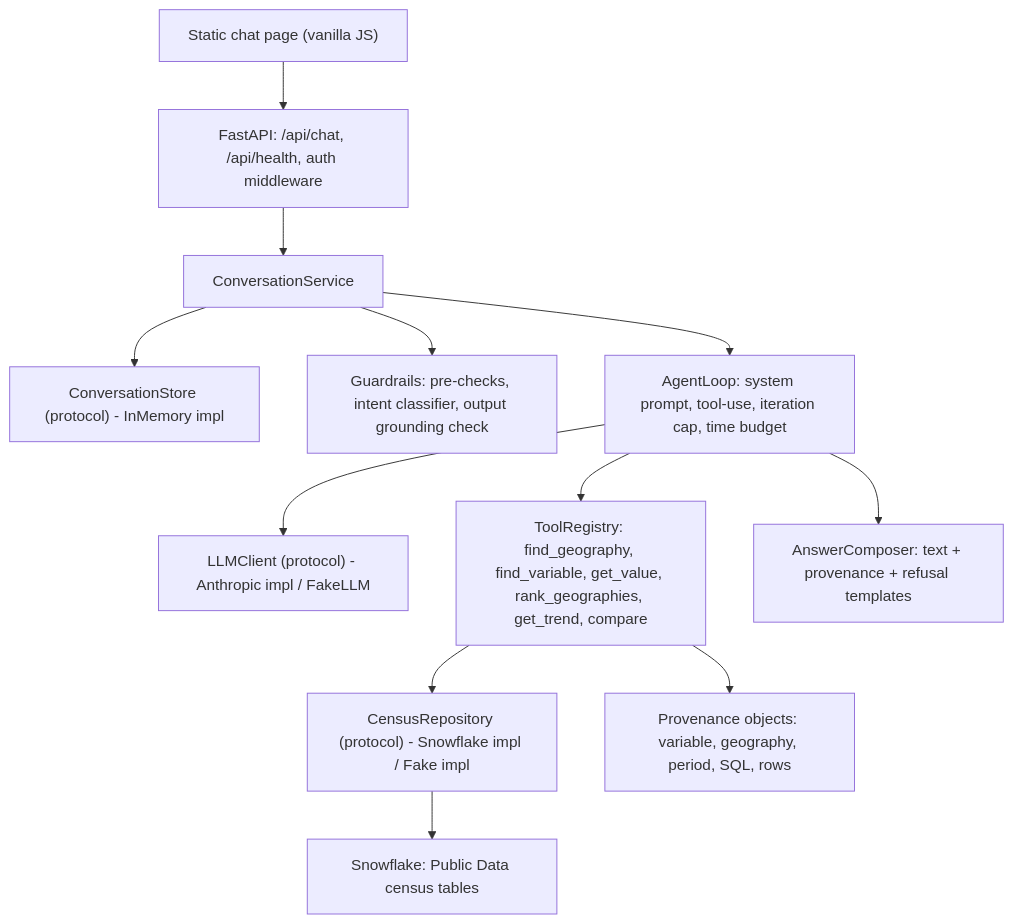
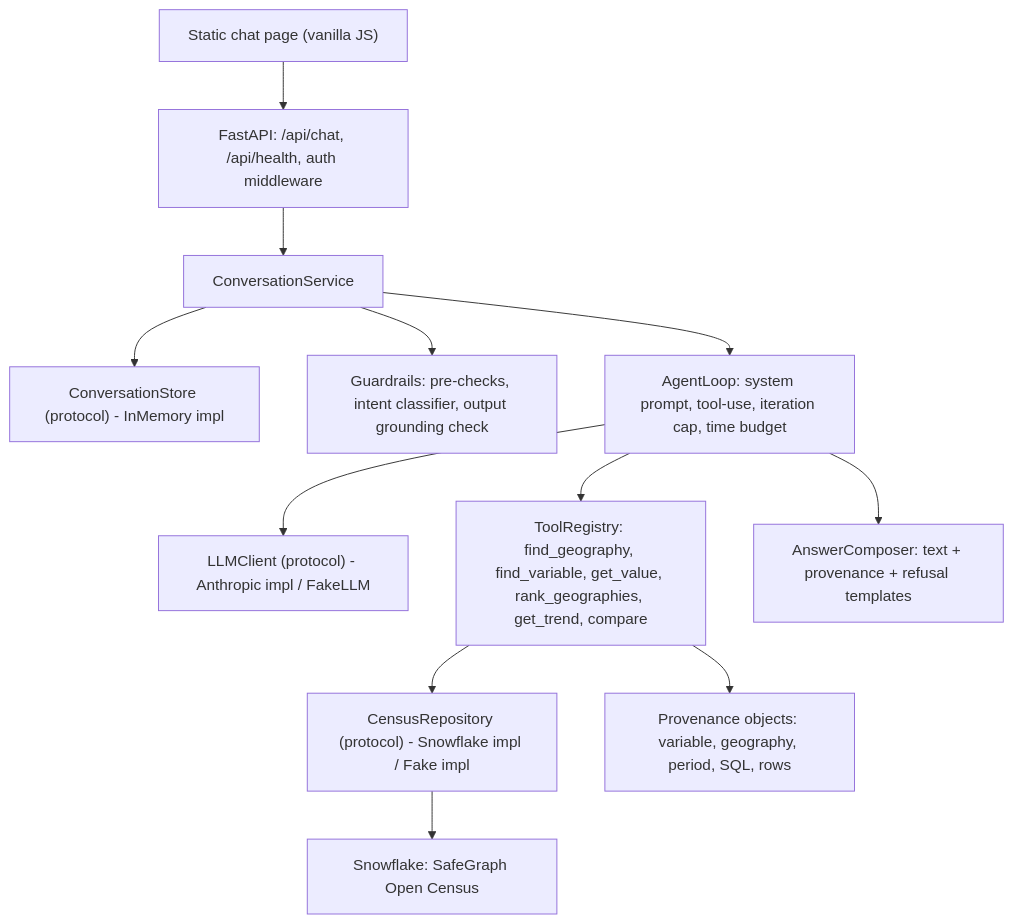
The diagram in ARCHITECTURE.md (CH4LL/miniflake), drawn with Mermaid before and after one commit. The commit also changed other lines of this file and 16 other files, not shown here.

````diff
--- a/ARCHITECTURE.md
+++ b/ARCHITECTURE.md
@@ -14,14 +14,14 @@
 ```mermaid
 flowchart TB
     Browser["Static chat page (vanilla JS)"] --> API["FastAPI: /api/chat, /api/health, auth middleware"]
     API --> Conv["ConversationService"]
     Conv --> Store["ConversationStore (protocol) - InMemory impl"]
     Conv --> Guard["Guardrails: pre-checks, intent classifier, output grounding check"]
     Conv --> Agent["AgentLoop: system prompt, tool-use, iteration cap, time budget"]
     Agent --> LLM["LLMClient (protocol) - Anthropic impl / FakeLLM"]
     Agent --> Tools["ToolRegistry: find_geography, find_variable, get_value, rank_geographies, get_trend, compare"]
     Tools --> Repo["CensusRepository (protocol) - Snowflake impl / Fake impl"]
-    Repo --> SF["Snowflake: Public Data census tables"]
+    Repo --> SF["Snowflake: SafeGraph Open Census"]
     Tools --> Prov["Provenance objects: variable, geography, period, SQL, rows"]
     Agent --> Composer["AnswerComposer: text + provenance + refusal templates"]
 ```
````
